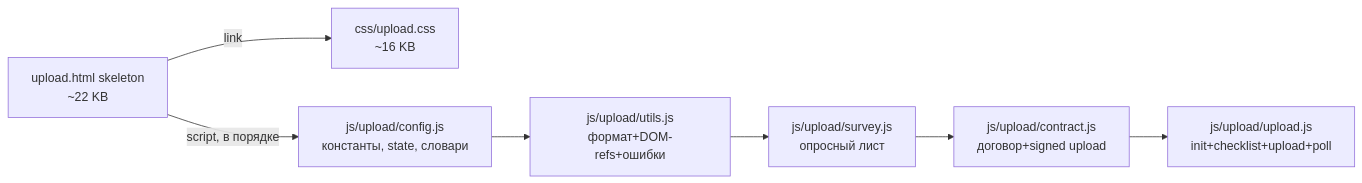
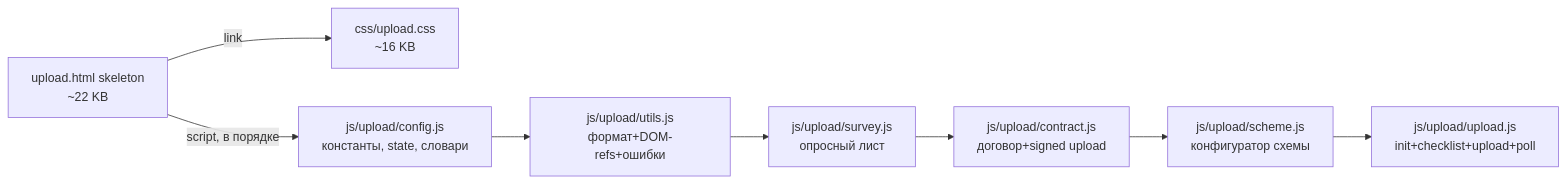
The first of 3 diagrams in docs/project.md (Sergtsk45/AutoprojectUUTE), drawn with Mermaid before and after one commit. The commit also changed other lines of this file and 7 other files, not shown here.

First line of the commit message:
fix(scheme): добавить скачивание PDF схемы

````diff
--- a/docs/project.md
+++ b/docs/project.md
@@ -21,13 +21,14 @@
 ```mermaid
 flowchart LR
   HTML[upload.html skeleton<br/>~22 KB]
   CSS[css/upload.css<br/>~16 KB]
   CFG[js/upload/config.js<br/>константы, state, словари]
   UT[js/upload/utils.js<br/>формат+DOM-refs+ошибки]
   SV[js/upload/survey.js<br/>опросный лист]
   CT[js/upload/contract.js<br/>договор+signed upload]
+  SC[js/upload/scheme.js<br/>конфигуратор схемы]
   UP[js/upload/upload.js<br/>init+checklist+upload+poll]
 
   HTML -->|link| CSS
-  HTML -->|script, в порядке| CFG --> UT --> SV --> CT --> UP
+  HTML -->|script, в порядке| CFG --> UT --> SV --> CT --> SC --> UP
 ```
````
